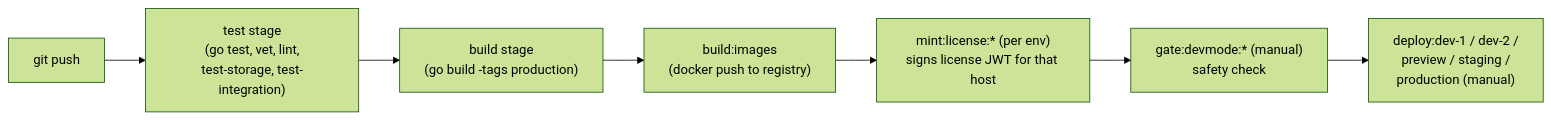
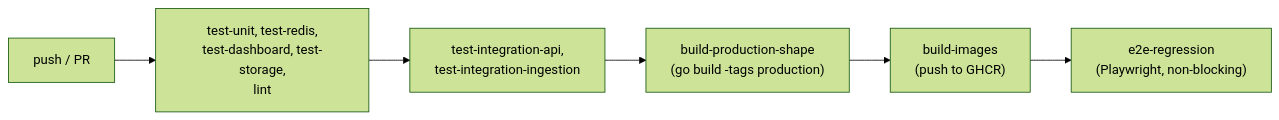
The sixth of 6 diagrams in docs/ARCHITECTURE.md (ahmd-soliman/axiaops), drawn with Mermaid (forest theme) before and after one commit. The commit also changed other lines of this file and 64 other files, not shown here.

````diff
--- a/docs/ARCHITECTURE.md
+++ b/docs/ARCHITECTURE.md
@@ -477,9 +536,8 @@
 ```mermaid
 flowchart LR
-    push[git push] --> test["test stage<br/>(go test, vet, lint,<br/>test-storage, test-integration)"]
-    test --> build_check["build stage<br/>(go build -tags production)"]
-    build_check --> images["build:images<br/>(docker push to registry)"]
-    images --> mint["mint:license:* (per env)<br/>signs license JWT for that host"]
-    mint --> gate["gate:devmode:* (manual)<br/>safety check"]
-    gate --> deploy_jobs["deploy:dev-1 / dev-2 /<br/>preview / staging /<br/>production (manual)"]
+    push[push / PR] --> test["test-unit, test-redis,<br/>test-dashboard, test-storage,<br/>lint"]
+    test --> integ["test-integration-api,<br/>test-integration-ingestion"]
+    integ --> build["build-production-shape<br/>(go build -tags production)"]
+    build --> images["build-images<br/>(push to GHCR)"]
+    images --> e2e["e2e-regression<br/>(Playwright, non-blocking)"]
 ```
````
